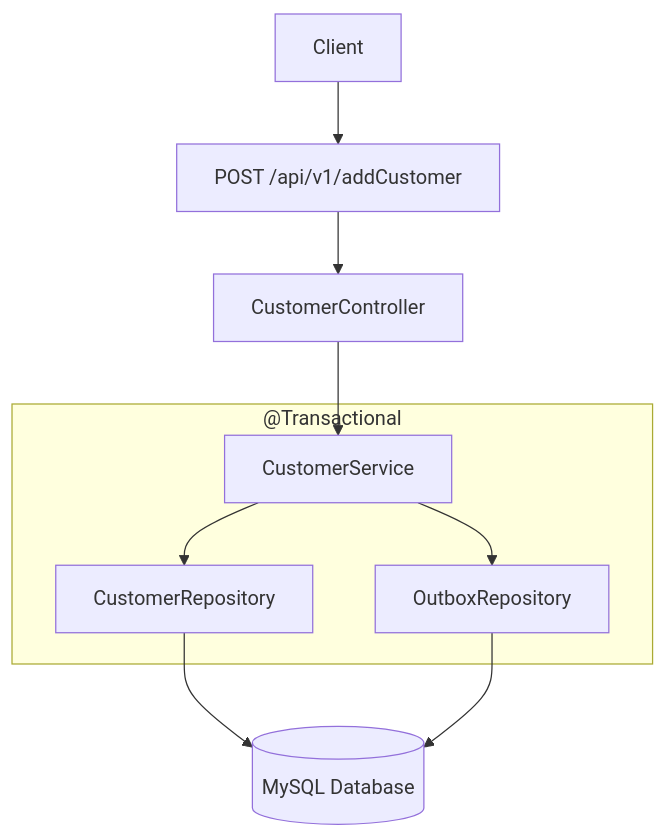
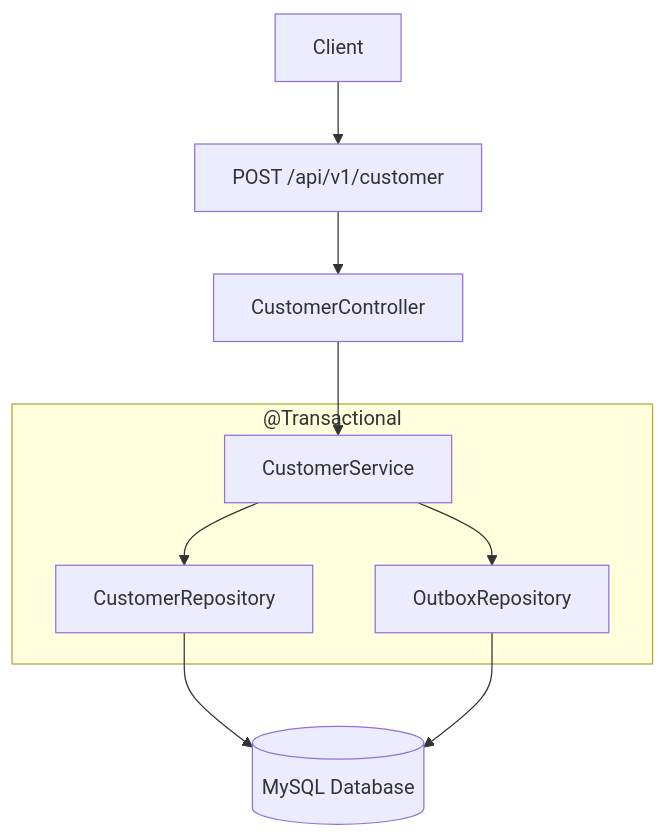
One commit to mwapevi/springboot-outbox-pattern_debezium_kafka changed the diagram in docs/phase-2-rest-api.md. Above: the diagram before and after it, drawn with Mermaid.

Commit message:
Mermaid flowchart to add correct API endpoint

````diff
--- a/docs/phase-2-rest-api.md
+++ b/docs/phase-2-rest-api.md
@@ -88,14 +88,14 @@
 ```mermaid
 flowchart TD
-    A[Client] --> B["POST /api/v1/addCustomer"]
+    A[Client] --> B["POST /api/v1/customer"]
     B --> C[CustomerController]
     C --> D[CustomerService]
 
     subgraph "@Transactional"
         D --> E[CustomerRepository]
         D --> G[OutboxRepository]
     end
 
     E --> F[(MySQL Database)]
     G --> F
 ```
````
